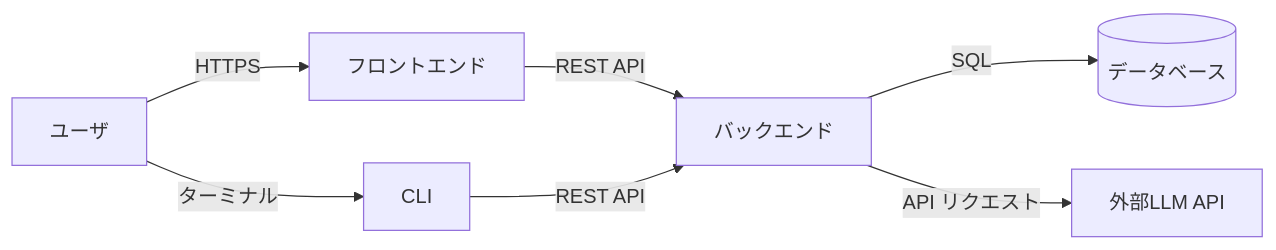
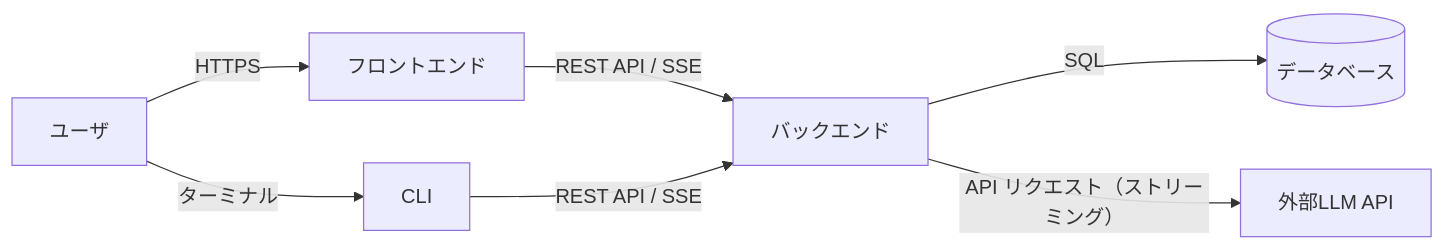
Before and after one commit to ryuma-1/Campass: the first of 6 diagrams in docs/basic_design.md, drawn with Mermaid. The commit also changed other lines of this file, not shown here.

````diff
--- a/docs/basic_design.md
+++ b/docs/basic_design.md
@@ -37,16 +41,16 @@
 ```mermaid
 graph LR
     User[ユーザ]
     FE[フロントエンド]
     CLI[CLI]
     BE[バックエンド]
     DB[(データベース)]
     LLM[外部LLM API]
 
     User -->|HTTPS| FE
     User -->|ターミナル| CLI
-    FE -->|REST API| BE
-    CLI -->|REST API| BE
+    FE -->|REST API / SSE| BE
+    CLI -->|REST API / SSE| BE
     BE -->|SQL| DB
-    BE -->|API リクエスト| LLM
+    BE -->|API リクエスト（ストリーミング）| LLM
 ```
````
